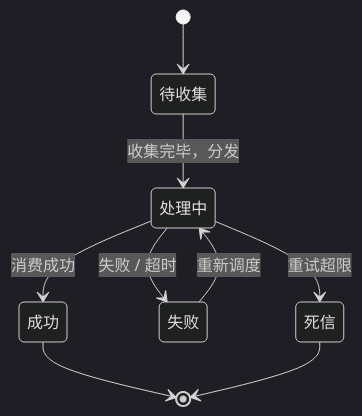
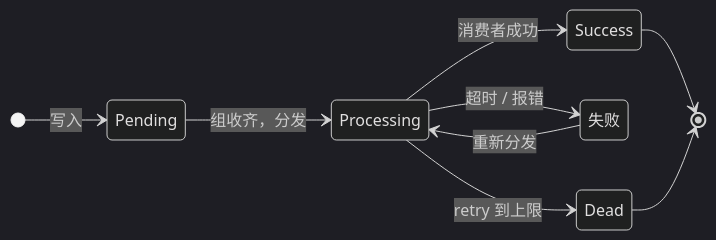
Before and after one commit to SumengQAQ/SumengQAQ: the diagram in README.md, drawn with Mermaid (dark theme). The commit also changed other lines of this file, not shown here.

````diff
--- a/README.md
+++ b/README.md
@@ -17,11 +11,12 @@
 ```mermaid
 stateDiagram-v2
-    [*] --> 待收集
-    待收集 --> 处理中: 收集完毕，分发
-    处理中 --> 成功: 消费成功
-    处理中 --> 失败: 失败 / 超时
-    处理中 --> 死信: 重试超限
-    失败 --> 处理中: 重新调度
-    成功 --> [*]
-    死信 --> [*]
+    direction LR
+    [*] --> Pending: 写入
+    Pending --> Processing: 组收齐，分发
+    Processing --> Success: 消费者成功
+    Processing --> 失败: 超时 / 报错
+    Processing --> Dead: retry 到上限
+    失败 --> Processing: 重新分发
+    Success --> [*]
+    Dead --> [*]
 ```
````
